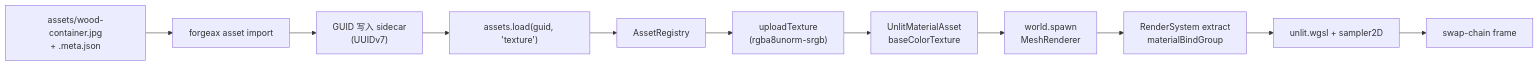
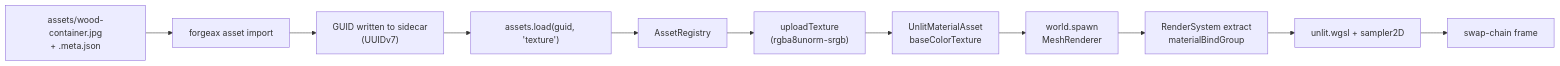
One commit to ForgeAX/forgeax-engine changed the diagram in apps/learn-render/1.getting-started/4.textures/README.md. Above: the diagram before and after it, drawn with Mermaid. The commit also changed other lines of this file and 1280 other files, not shown here.

````diff
--- a/apps/learn-render/1.getting-started/4.textures/README.md
+++ b/apps/learn-render/1.getting-started/4.textures/README.md
@@ -19,13 +22,13 @@
 ```mermaid
 flowchart LR
   Disk["assets/wood-container.jpg<br/>+ .meta.json"] --> Imp["forgeax asset import"]
-  Imp --> Sidecar["GUID 写入 sidecar<br/>(UUIDv7)"]
+  Imp --> Sidecar["GUID written to sidecar<br/>(UUIDv7)"]
   Sidecar --> RT["assets.load(guid, 'texture')"]
   RT --> Reg["AssetRegistry"]
   Reg --> Up["uploadTexture<br/>(rgba8unorm-srgb)"]
   Up --> Mat["UnlitMaterialAsset<br/>baseColorTexture"]
   Mat --> Spawn["world.spawn<br/>MeshRenderer"]
   Spawn --> RS["RenderSystem extract<br/>materialBindGroup"]
   RS --> Pipe["unlit.wgsl + sampler2D"]
   Pipe --> Frame["swap-chain frame"]
 ```
````
